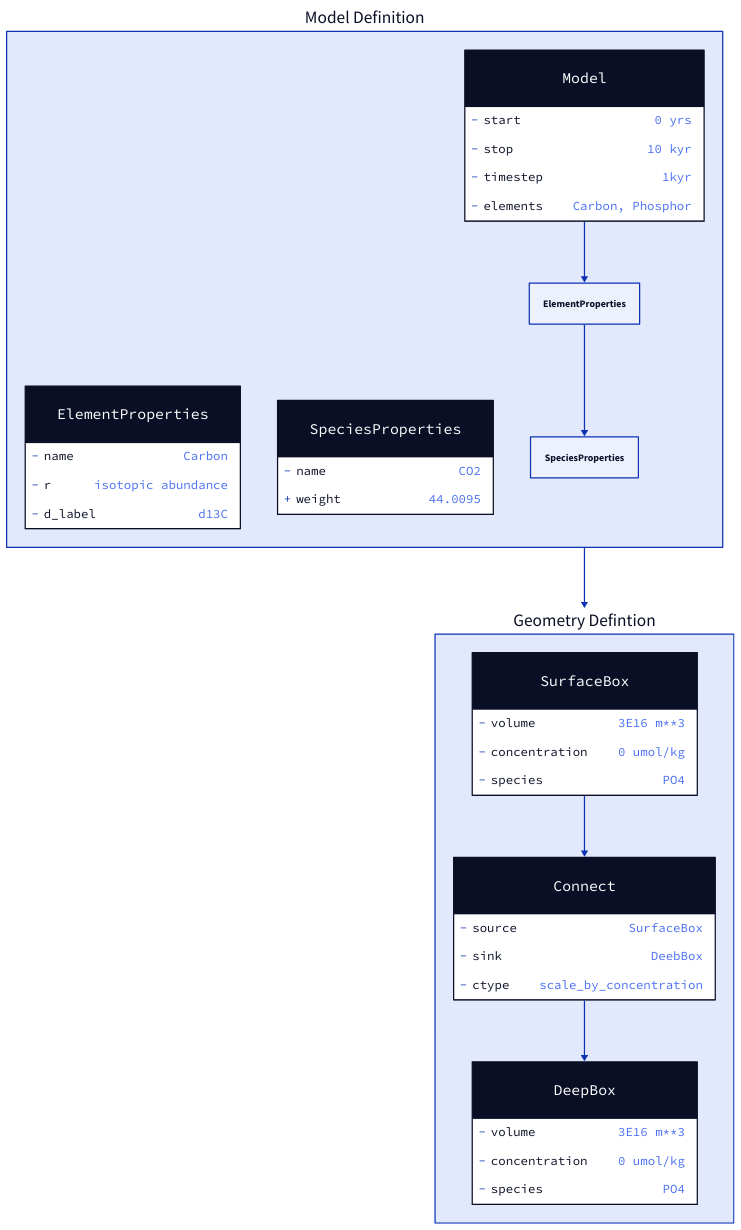
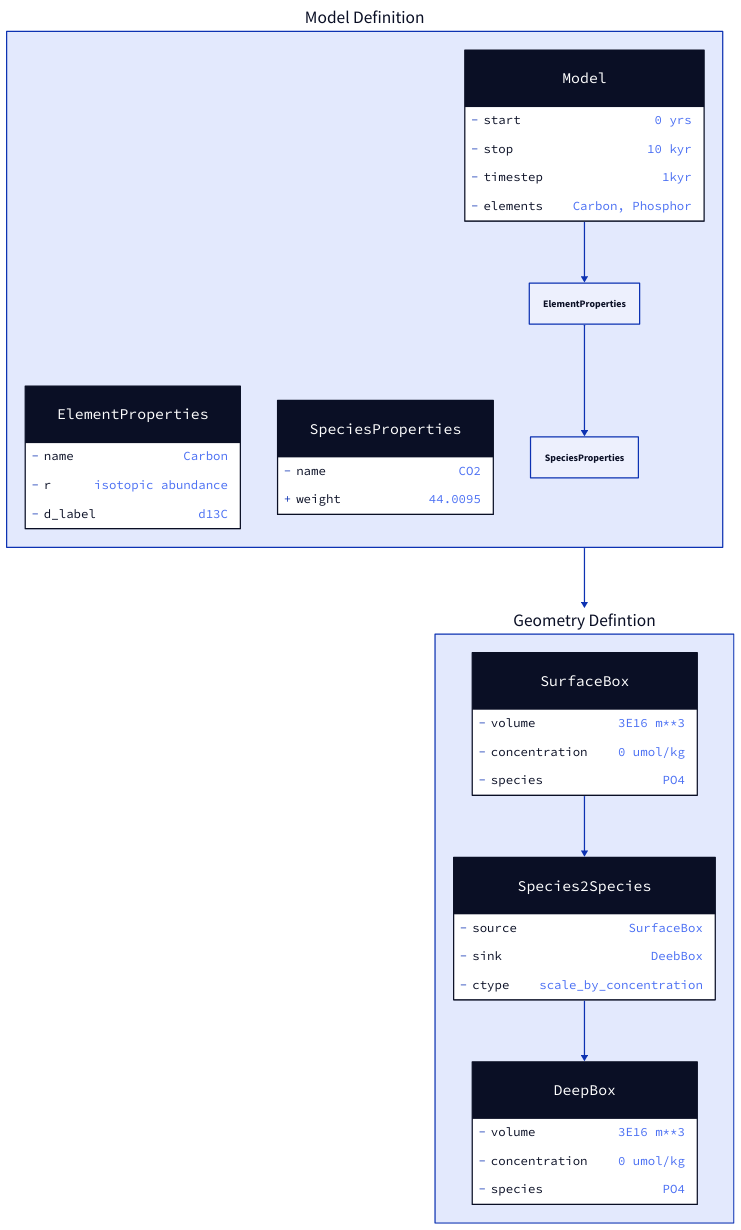
Before and after one commit to uliw/esbmtk: the diagram in docs/manual/model1.d2, drawn with D2. The commit also changed 22 other files, not shown here.

```diff
--- a/docs/manual/model1.d2
+++ b/docs/manual/model1.d2
@@ -1,51 +1,51 @@
 m: Model Definition {
   model: Model {
     shape: class
 
     -start: "0 yrs"
     -stop: "10 kyr"
     -timestep: "1kyr"
     -elements: "Carbon, Phosphor"
   }
   element: ElementProperties {
     shape: class
     -name: Carbon
     -r: isotopic abundance
     -d_label: d13C
   }
 
   species: SpeciesProperties {
     shape: class
     -name: CO2
     weight: 44.0095
   }
 }
 
 geometry: Geometry Defintion {
   sb: SurfaceBox {
     shape: class
     -volume: "3E16 m**3"
     -concentration: "0 umol/kg"
     -species: PO4
   }
 
-  c: Connect {
+  c: Species2Species {
     shape: class
     -source: SurfaceBox
     -sink: DeebBox
     -ctype: scale_by_concentration
   }
 
   db: DeepBox {
     shape: class
     -volume: "3E16 m**3"
     -concentration: "0 umol/kg"
     -species: PO4
   }
 
   sb -> c
   c -> db
 }
 
 m.model -> m.ElementProperties -> m.SpeciesProperties
 m -> geometry
```
